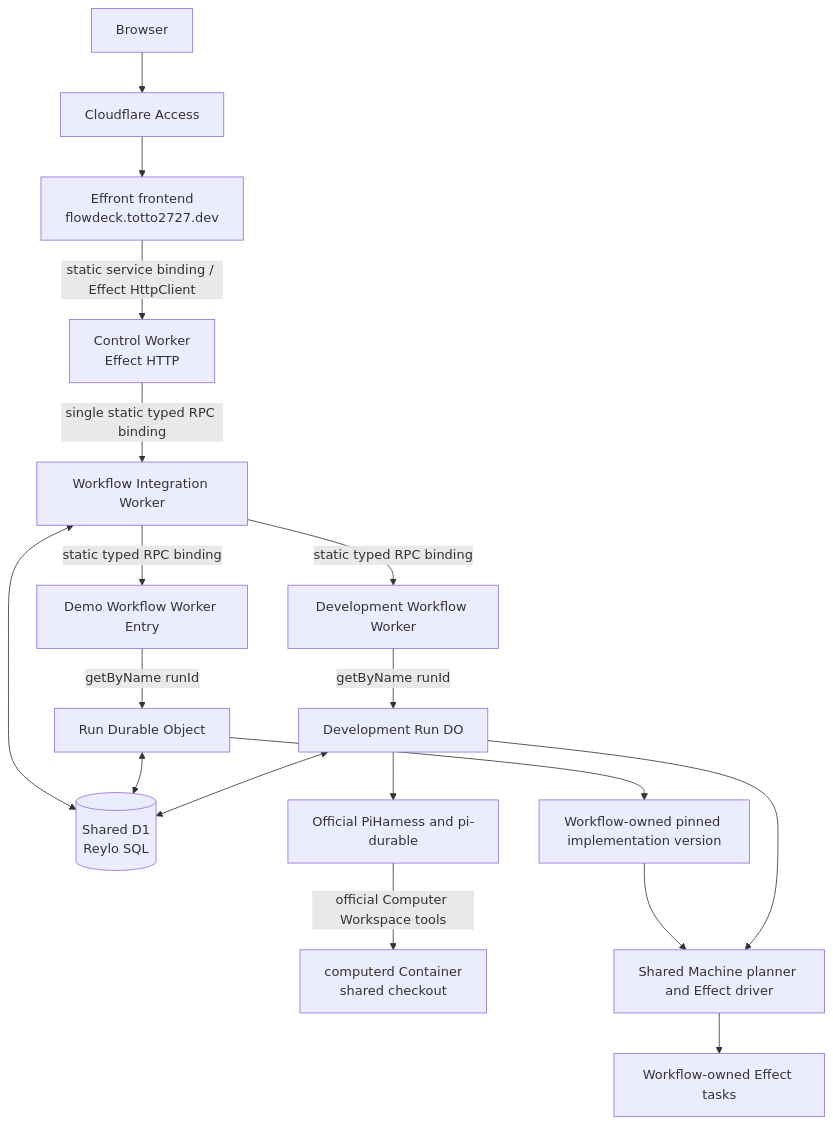
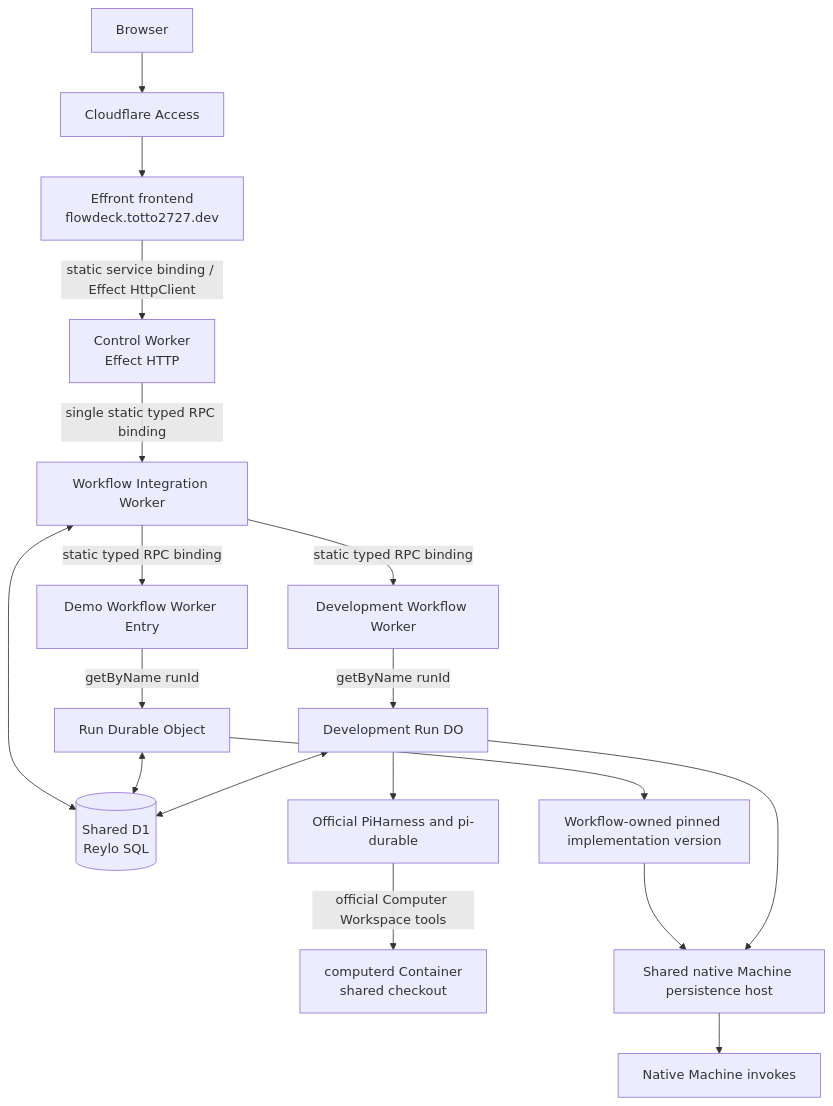
The first of 2 diagrams in docs/architecture.md (totto2727-org/flowdeck), drawn with Mermaid before and after one commit. The commit also changed other lines of this file and 31 other files, not shown here.

Commit message:
feat(workflow): execute workflows with native Machine start and resume

````diff
--- a/docs/architecture.md
+++ b/docs/architecture.md
@@ -9,20 +9,20 @@
 ```mermaid
 flowchart TB
   Browser[Browser] --> Access[Cloudflare Access]
   Access --> Web[Effront frontend\nflowdeck.totto2727.dev]
   Web -->|static service binding / Effect HttpClient| API[Control Worker\nEffect HTTP]
   API -->|single static typed RPC binding| Workflow[Workflow Integration Worker]
   Workflow -->|static typed RPC binding| Entry[Demo Workflow Worker Entry]
   Entry -->|getByName runId| Run[Run Durable Object]
   Workflow <--> DB[(Shared D1\nReylo SQL)]
   Run <--> DB
   Run --> V[Workflow-owned pinned implementation version]
   Workflow -->|static typed RPC binding| Development[Development Workflow Worker]
   Development -->|getByName runId| DevelopmentRun[Development Run DO]
   DevelopmentRun <--> DB
   DevelopmentRun --> Pi[Official PiHarness and pi-durable]
   Pi -->|official Computer Workspace tools| Container[computerd Container\nshared checkout]
-  V --> Foundation[Shared Machine planner and Effect driver]
+  V --> Foundation[Shared native Machine persistence host]
   DevelopmentRun --> Foundation
-  Foundation --> N[Workflow-owned Effect tasks]
+  Foundation --> N[Native Machine invokes]
 ```
````
